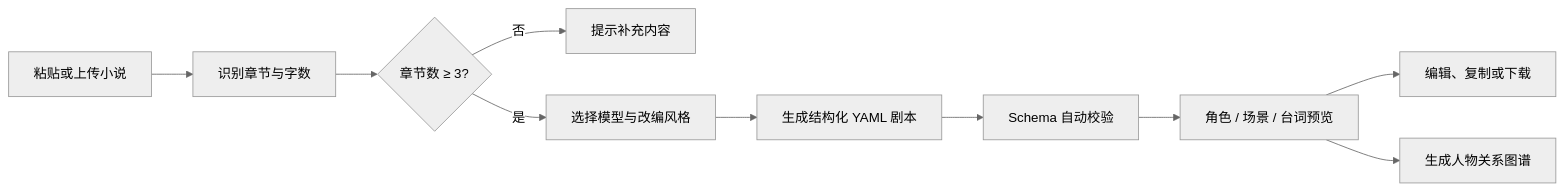
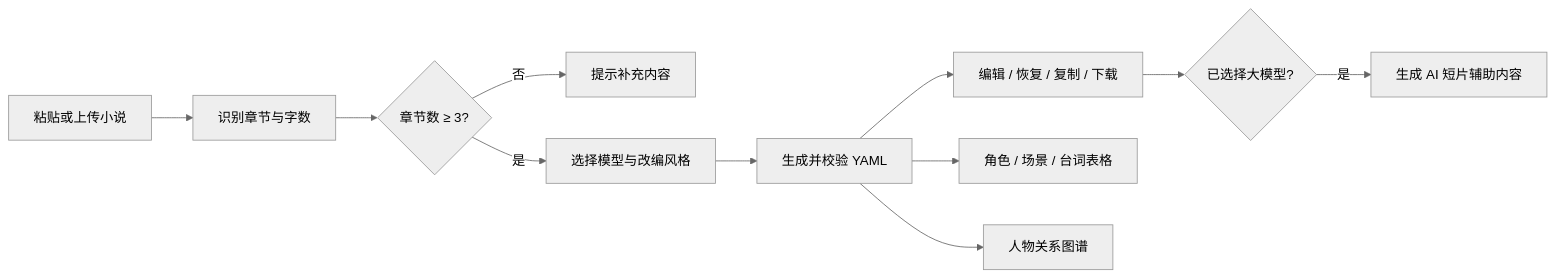
Before and after one commit to zuowenyan212-star/novel-to-script: the diagram in README.md, drawn with Mermaid (neutral theme). The commit also changed other lines of this file and 6 other files, not shown here.

````diff
--- a/README.md
+++ b/README.md
@@ -66,12 +64,13 @@
 ```mermaid
 flowchart LR
     A["粘贴或上传小说"] --> B["识别章节与字数"]
     B --> C{"章节数 ≥ 3?"}
-    C -- 否 --> D["提示补充内容"]
-    C -- 是 --> E["选择模型与改编风格"]
-    E --> F["生成结构化 YAML 剧本"]
-    F --> G["Schema 自动校验"]
-    G --> H["角色 / 场景 / 台词预览"]
-    H --> I["编辑、复制或下载"]
-    H --> J["生成人物关系图谱"]
+    C -- "否" --> D["提示补充内容"]
+    C -- "是" --> E["选择模型与改编风格"]
+    E --> F["生成并校验 YAML"]
+    F --> G["编辑 / 恢复 / 复制 / 下载"]
+    F --> H["角色 / 场景 / 台词表格"]
+    F --> I["人物关系图谱"]
+    G --> J{"已选择大模型?"}
+    J -- "是" --> K["生成 AI 短片辅助内容"]
 ```
````
